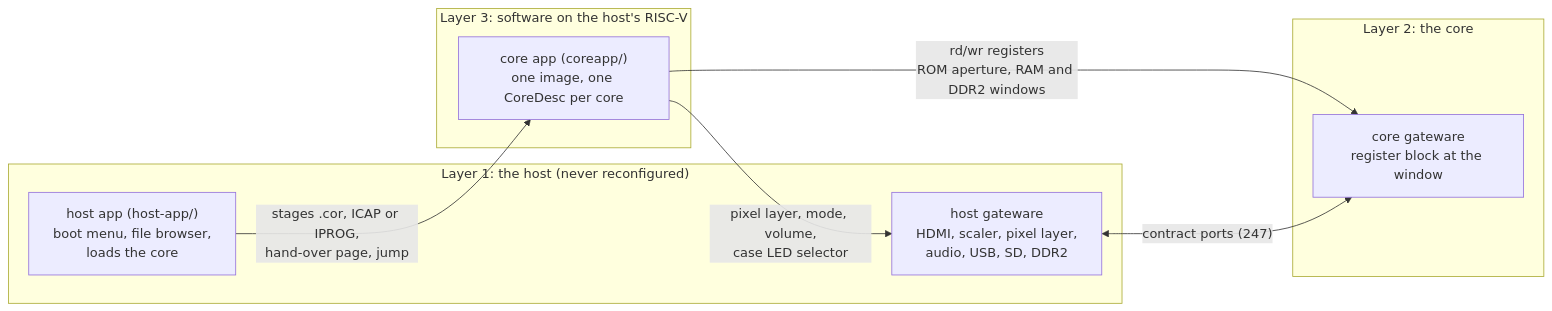
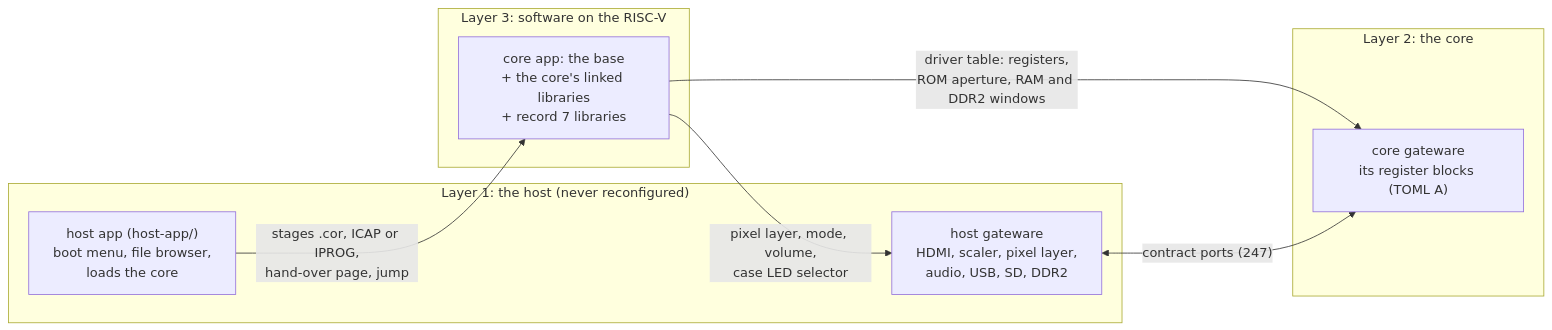
One commit to Jondalar/TRX64U-MultiCore changed the first of 2 diagrams in docs/dev/core-app-guide.md. Above: the diagram before and after it, drawn with Mermaid. The commit also changed other lines of this file, not shown here.

First line of the commit message:
core app guide reworked by TRX64-Ultimate (Alex's request): the SDK core path, checked against t239.3 e7bed3e93

````diff
--- a/docs/dev/core-app-guide.md
+++ b/docs/dev/core-app-guide.md
@@ -16,17 +28,17 @@
 ```mermaid
 flowchart LR
   subgraph L1["Layer 1: the host (never reconfigured)"]
     HW["host gateware<br/>HDMI, scaler, pixel layer,<br/>audio, USB, SD, DDR2"]
     HA["host app (host-app/)<br/>boot menu, file browser,<br/>loads the core"]
   end
   subgraph L2["Layer 2: the core"]
-    CG["core gateware<br/>register block at the window"]
+    CG["core gateware<br/>its register blocks (TOML A)"]
   end
-  subgraph L3["Layer 3: software on the host's RISC-V"]
-    CA["core app (coreapp/)<br/>one image, one CoreDesc per core"]
+  subgraph L3["Layer 3: software on the RISC-V"]
+    CA["core app: the base<br/>+ the core's linked libraries<br/>+ record 7 libraries"]
   end
   HA -- "stages .cor, ICAP or IPROG,<br/>hand-over page, jump" --> CA
-  CA -- "rd/wr registers<br/>ROM aperture, RAM and DDR2 windows" --> CG
+  CA -- "driver table: registers,<br/>ROM aperture, RAM and DDR2 windows" --> CG
   CA -- "pixel layer, mode, volume,<br/>case LED selector" --> HW
   HW <-- "contract ports (247)" --> CG
 ```
````
